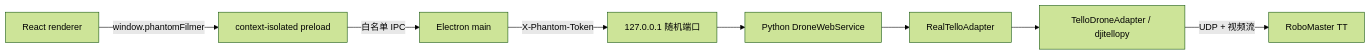
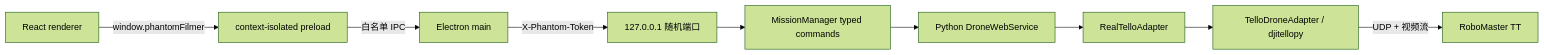
Before and after one commit to player-Muteki/PhantomFilmer: the diagram in docs/07-桌面端架构与安全边界.md, drawn with Mermaid (forest theme). The commit also changed other lines of this file and 17 other files, not shown here.

````diff
--- a/docs/07-桌面端架构与安全边界.md
+++ b/docs/07-桌面端架构与安全边界.md
@@ -24,10 +24,11 @@
 ```mermaid
 flowchart LR
     UI[React renderer] -->|window.phantomFilmer| PRELOAD[context-isolated preload]
     PRELOAD -->|白名单 IPC| MAIN[Electron main]
     MAIN -->|X-Phantom-Token| HTTP[127.0.0.1 随机端口]
-    HTTP --> SERVICE[Python DroneWebService]
+    HTTP --> MANAGER[MissionManager typed commands]
+    MANAGER --> SERVICE[Python DroneWebService]
     SERVICE --> ADAPTER[RealTelloAdapter]
     ADAPTER --> TELLO[TelloDroneAdapter / djitellopy]
     TELLO -->|UDP + 视频流| AIRCRAFT[RoboMaster TT]
 ```
````
